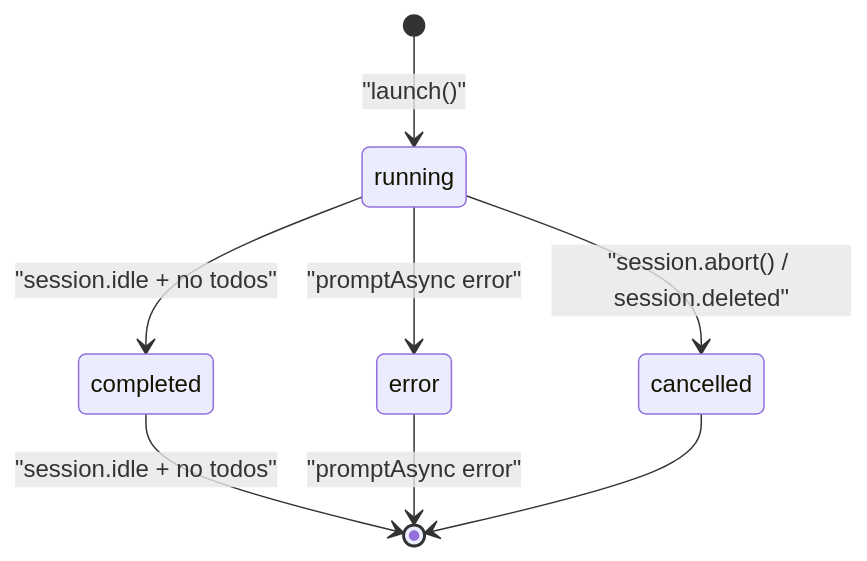
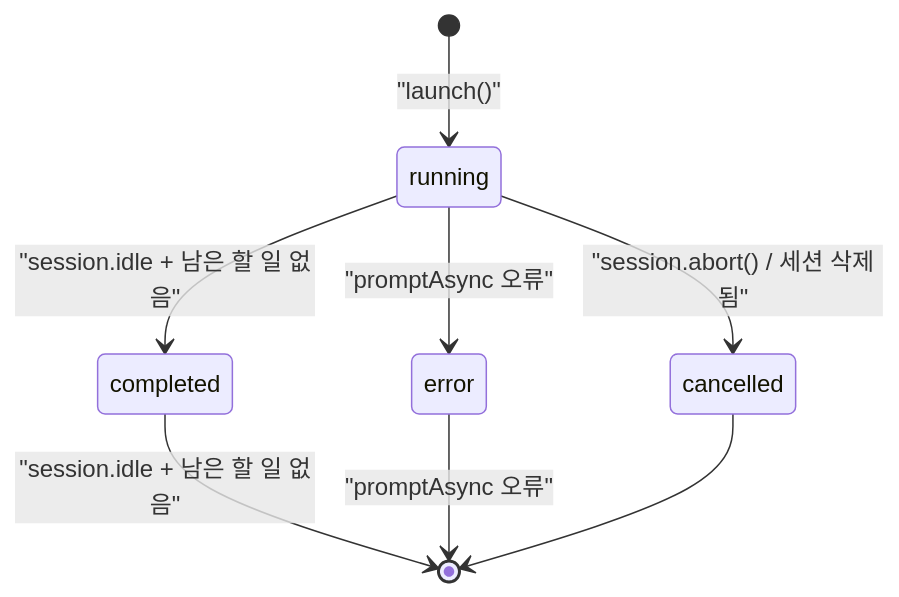
Before and after one commit to felipetruman/oh-my-opencode-docs: the first of 14 diagrams in docs/background-execution/task-execution-and-polling.md, drawn with Mermaid. The commit also changed other lines of this file and 76 other files, not shown here.

````diff
--- a/docs/background-execution/task-execution-and-polling.md
+++ b/docs/background-execution/task-execution-and-polling.md
@@ -40,10 +40,10 @@
 ```mermaid
 stateDiagram-v2
     [*] --> running : "launch()"
-    running --> completed : "session.idle + no todos"
-    running --> error : "promptAsync error"
-    running --> cancelled : "session.abort() / session.deleted"
-    completed --> [*] : "session.idle + no todos"
-    error --> [*] : "promptAsync error"
+    running --> completed : "session.idle + 남은 할 일 없음"
+    running --> error : "promptAsync 오류"
+    running --> cancelled : "session.abort() / 세션 삭제됨"
+    completed --> [*] : "session.idle + 남은 할 일 없음"
+    error --> [*] : "promptAsync 오류"
     cancelled --> [*]
 ```
````
